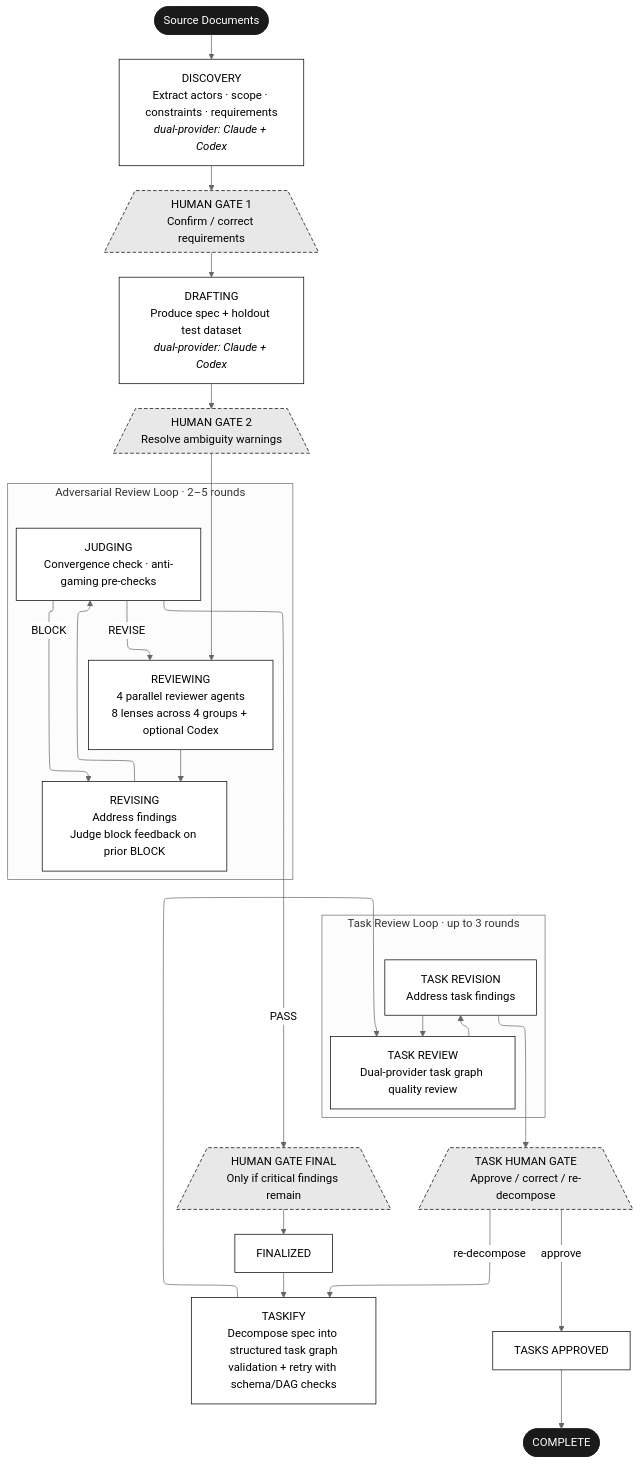
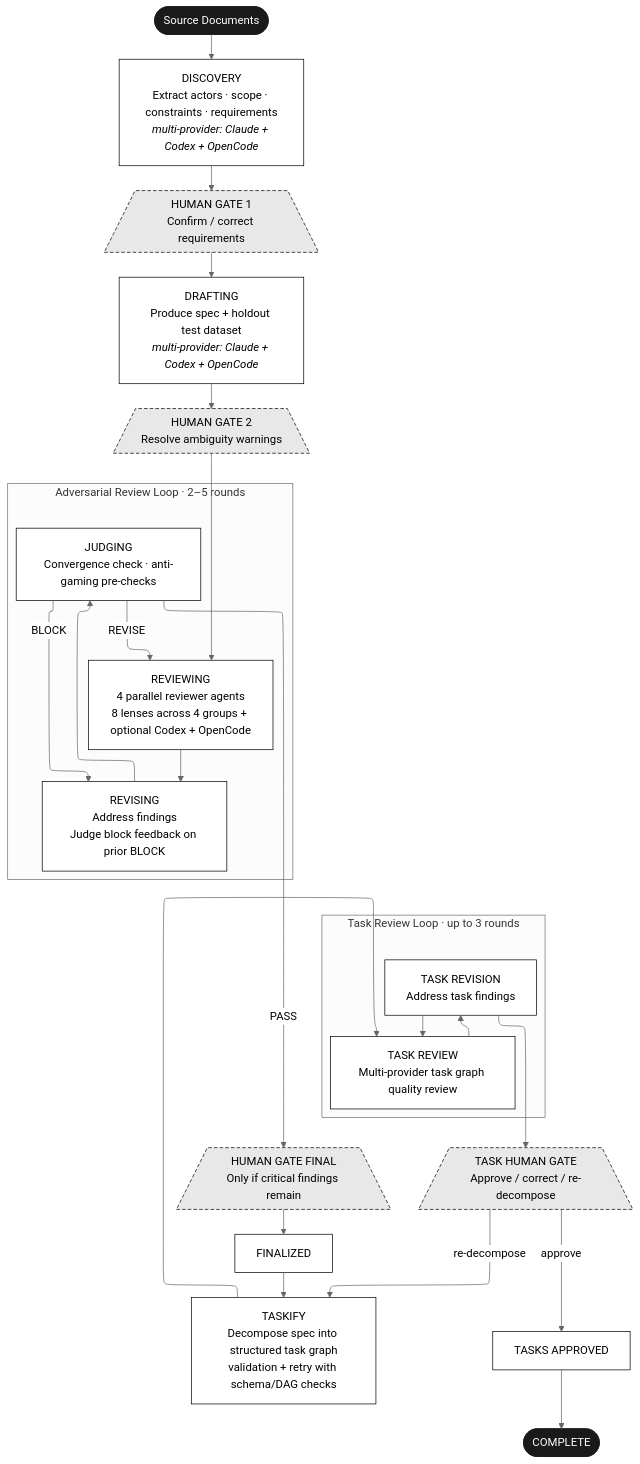
The first of 3 diagrams in README.md (nixlim/spec_system), drawn with Mermaid before and after one commit. The commit also changed other lines of this file and 1 other file, not shown here.

First line of the commit message:
docs: update README and operations manual for triple-provider support

````diff
--- a/README.md
+++ b/README.md
@@ -15,46 +15,46 @@
 ```mermaid
 %%{init: {"theme": "neutral", "flowchart": {"defaultRenderer": "elk"}}}%%
 flowchart TD
     SRC([Source Documents])
-    DISC[DISCOVERY<br/>Extract actors · scope · constraints · requirements<br/><i>dual-provider: Claude + Codex</i>]
+    DISC[DISCOVERY<br/>Extract actors · scope · constraints · requirements<br/><i>multi-provider: Claude + Codex + OpenCode</i>]
     HG1[/HUMAN GATE 1<br/>Confirm / correct requirements\]
-    DRAFT[DRAFTING<br/>Produce spec + holdout test dataset<br/><i>dual-provider: Claude + Codex</i>]
+    DRAFT[DRAFTING<br/>Produce spec + holdout test dataset<br/><i>multi-provider: Claude + Codex + OpenCode</i>]
     HG2[/HUMAN GATE 2<br/>Resolve ambiguity warnings\]
 
     subgraph ADVLOOP["Adversarial Review Loop · 2–5 rounds"]
         direction TB
-        REV[REVIEWING<br/>4 parallel reviewer agents<br/>8 lenses across 4 groups + optional Codex]
+        REV[REVIEWING<br/>4 parallel reviewer agents<br/>8 lenses across 4 groups + optional Codex + OpenCode]
         REVIS[REVISING<br/>Address findings<br/>Judge block feedback on prior BLOCK]
         JUDG[JUDGING<br/>Convergence check · anti-gaming pre-checks]
     end
 
     HGF[/HUMAN GATE FINAL<br/>Only if critical findings remain\]
     FIN[FINALIZED]
     TASK[TASKIFY<br/>Decompose spec into structured task graph<br/>validation + retry with schema/DAG checks]
 
     subgraph TASKLOOP["Task Review Loop · up to 3 rounds"]
         direction TB
-        TR[TASK REVIEW<br/>Dual-provider task graph quality review]
+        TR[TASK REVIEW<br/>Multi-provider task graph quality review]
         TRV[TASK REVISION<br/>Address task findings]
     end
 
     THG[/TASK HUMAN GATE<br/>Approve / correct / re-decompose\]
     TAPPR[TASKS APPROVED]
     COMP([COMPLETE])
 
     SRC --> DISC --> HG1 --> DRAFT --> HG2 --> REV
     REV --> REVIS --> JUDG
     JUDG -- REVISE --> REV
     JUDG -- BLOCK --> REVIS
     JUDG -- PASS --> HGF --> FIN --> TASK --> TR --> TRV --> TR
     TRV --> THG
     THG -- approve --> TAPPR --> COMP
     THG -- re-decompose --> TASK
 
     classDef agent fill:#ffffff,stroke:#000000,color:#000000
     classDef gate fill:#e8e8e8,stroke:#000000,color:#000000,stroke-dasharray:5 3
     classDef terminal fill:#1a1a1a,stroke:#1a1a1a,color:#ffffff
     class DISC,DRAFT,REV,REVIS,JUDG,FIN,TASK,TR,TRV,TAPPR agent
     class HG1,HG2,HGF,THG gate
     class SRC,COMP terminal
 ```
````
